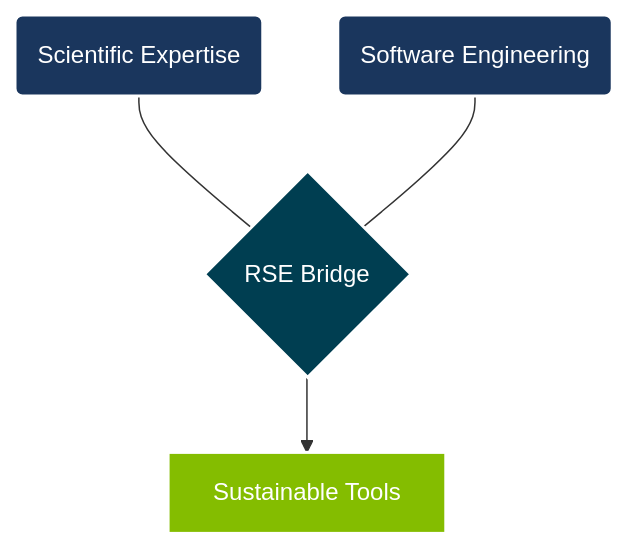
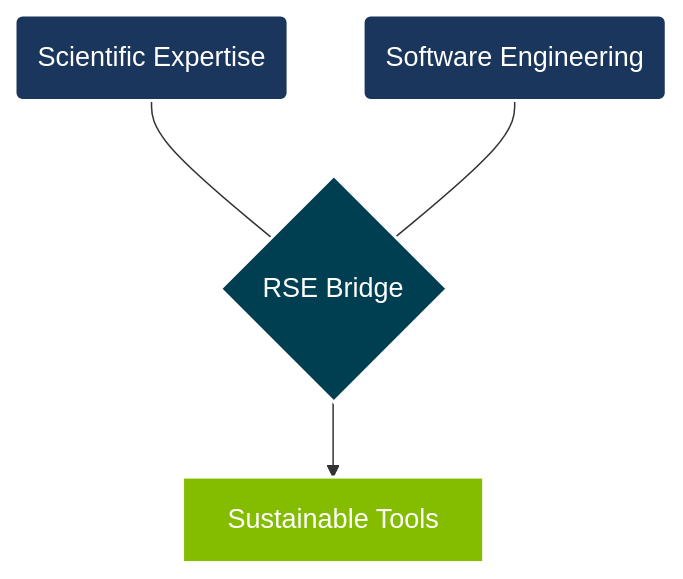
One commit to ma595/spineval-agu changed the diagram in _intro.qmd. Above: the diagram before and after it, drawn with Mermaid. The commit also changed other lines of this file and 12 other files, not shown here.

````diff
--- a/_intro.qmd
+++ b/_intro.qmd
@@ -290,17 +331,15 @@
 ```{mermaid}
-%%| fig-align: center
 %%| fig-width: 4
 graph TD
     A(Scientific Expertise) --- C{RSE Bridge}
     B(Software Engineering) --- C
     C --> D[Sustainable Tools]
-
-  %% Applying explicit styles to prevent theme clashing
-    classDef default fill:#1a365d,stroke:#fff,stroke-width:2px,color:#fff;
-    classDef highlight fill:#84BD00,stroke:#fff,stroke-width:2px,color:#fff;
-    classDef bridge fill:#003E51,stroke:#fff,stroke-width:2px,color:#fff;
+    
+    classDef default fill:#1a365d,stroke:#fff,stroke-width:2px,color:#fff,font-size:18px;
+    classDef highlight fill:#84BD00,stroke:#fff,stroke-width:2px,color:#fff,font-size:18px;
+    classDef bridge fill:#003E51,stroke:#fff,stroke-width:2px,color:#fff,font-size:18px;
 
     class A,B default;
     class C bridge;
     class D highlight;
 ```
````
